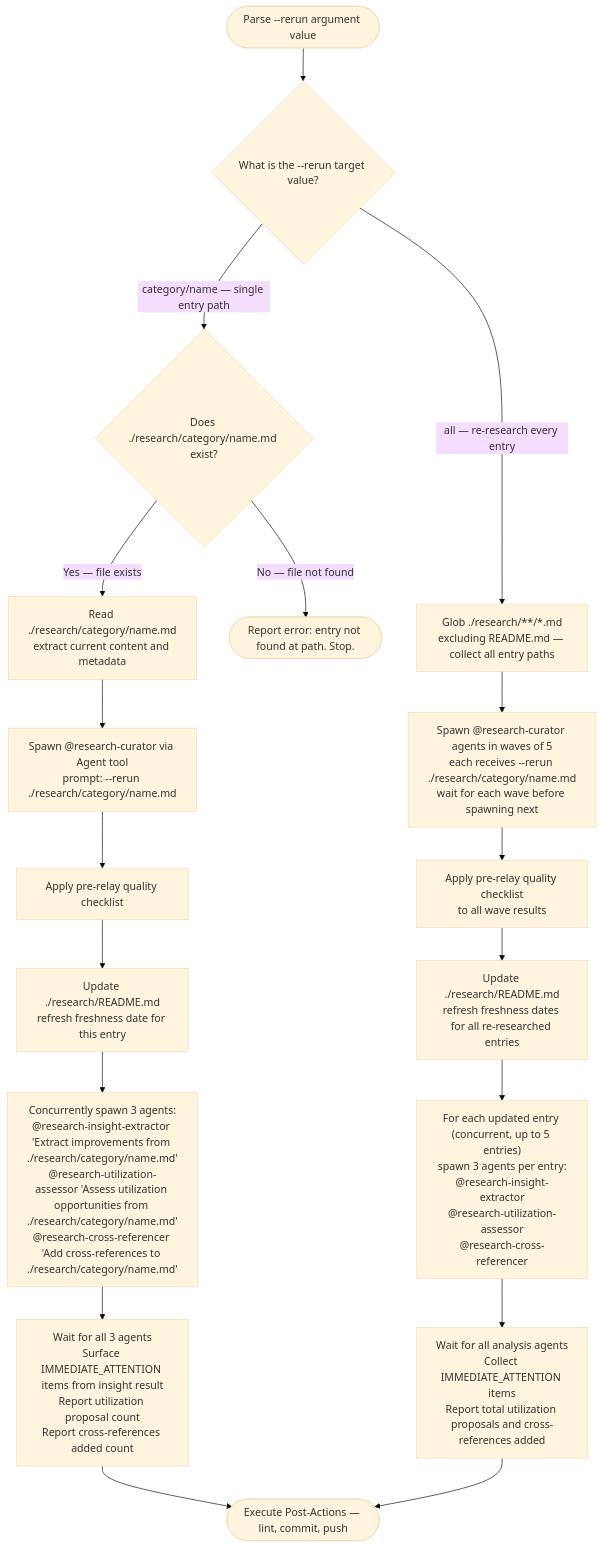
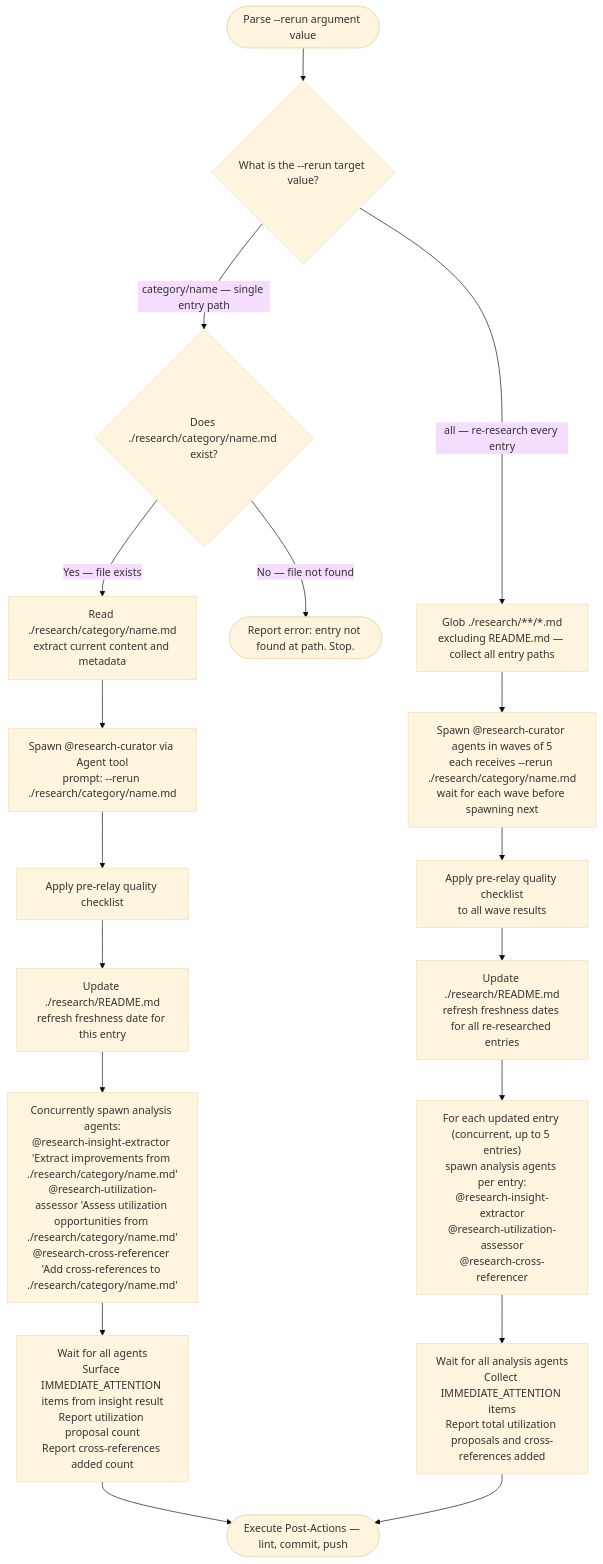
Before and after one commit to Jamie-BitFlight/claude_skills: the second of 3 diagrams in .claude/skills/research-curator/SKILL.md, drawn with Mermaid (base theme). The commit also changed other lines of this file and 101 other files, not shown here.

````diff
--- a/.claude/skills/research-curator/SKILL.md
+++ b/.claude/skills/research-curator/SKILL.md
@@ -243,20 +243,20 @@
 ```mermaid
 flowchart TD
     Start(["Parse --rerun argument value"]) --> Q{"What is the --rerun target value?"}
     Q -->|"category/name — single entry path"| VerifyFile{"Does ./research/category/name.md exist?"}
     Q -->|"all — re-research every entry"| FindAll["Glob ./research/**/*.md<br>excluding README.md — collect all entry paths"]
     VerifyFile -->|"No — file not found"| Missing(["Report error: entry not found at path. Stop."])
     VerifyFile -->|"Yes — file exists"| ReadFile["Read ./research/category/name.md<br>extract current content and metadata"]
     ReadFile --> Spawn1["Spawn @research-curator via Agent tool<br>prompt: --rerun ./research/category/name.md"]
     Spawn1 --> RelayCheck1["Apply pre-relay quality checklist"]
     RelayCheck1 --> UpdateDate["Update ./research/README.md<br>refresh freshness date for this entry"]
     FindAll --> WaveSpawn["Spawn @research-curator agents in waves of 5<br>each receives --rerun ./research/category/name.md<br>wait for each wave before spawning next"]
     WaveSpawn --> RelayCheck2["Apply pre-relay quality checklist<br>to all wave results"]
     RelayCheck2 --> UpdateDates["Update ./research/README.md<br>refresh freshness dates for all re-researched entries"]
-    UpdateDate --> SpawnAnalysis1["Concurrently spawn 3 agents:<br>@research-insight-extractor 'Extract improvements from ./research/category/name.md'<br>@research-utilization-assessor 'Assess utilization opportunities from ./research/category/name.md'<br>@research-cross-referencer 'Add cross-references to ./research/category/name.md'"]
-    SpawnAnalysis1 --> WaitAnalysis1["Wait for all 3 agents<br>Surface IMMEDIATE_ATTENTION items from insight result<br>Report utilization proposal count<br>Report cross-references added count"]
+    UpdateDate --> SpawnAnalysis1["Concurrently spawn analysis agents:<br>@research-insight-extractor 'Extract improvements from ./research/category/name.md'<br>@research-utilization-assessor 'Assess utilization opportunities from ./research/category/name.md'<br>@research-cross-referencer 'Add cross-references to ./research/category/name.md'"]
+    SpawnAnalysis1 --> WaitAnalysis1["Wait for all agents<br>Surface IMMEDIATE_ATTENTION items from insight result<br>Report utilization proposal count<br>Report cross-references added count"]
     WaitAnalysis1 --> PostActions(["Execute Post-Actions — lint, commit, push"])
-    UpdateDates --> SpawnAnalysisN["For each updated entry (concurrent, up to 5 entries)<br>spawn 3 agents per entry:<br>@research-insight-extractor<br>@research-utilization-assessor<br>@research-cross-referencer"]
+    UpdateDates --> SpawnAnalysisN["For each updated entry (concurrent, up to 5 entries)<br>spawn analysis agents per entry:<br>@research-insight-extractor<br>@research-utilization-assessor<br>@research-cross-referencer"]
     SpawnAnalysisN --> WaitAnalysisN["Wait for all analysis agents<br>Collect IMMEDIATE_ATTENTION items<br>Report total utilization proposals and cross-references added"]
     WaitAnalysisN --> PostActions
 ```
````
